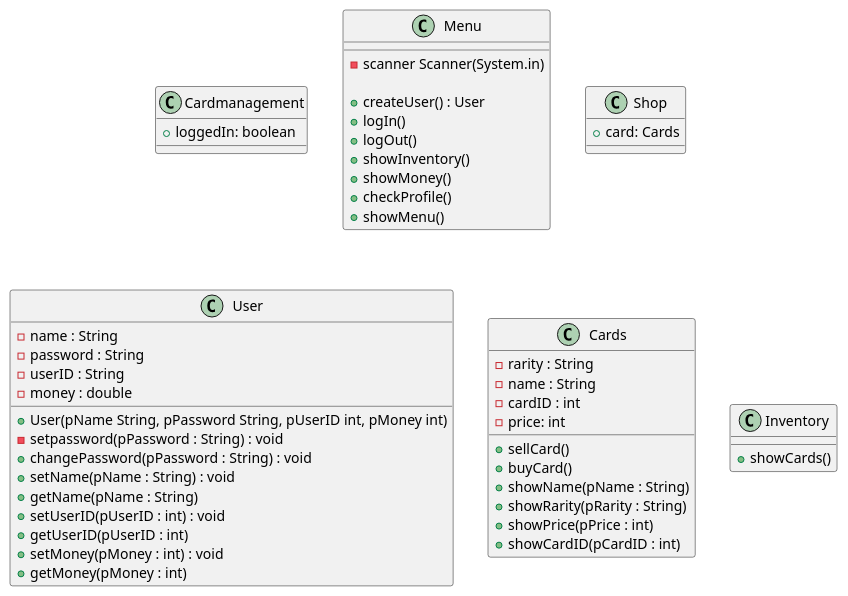
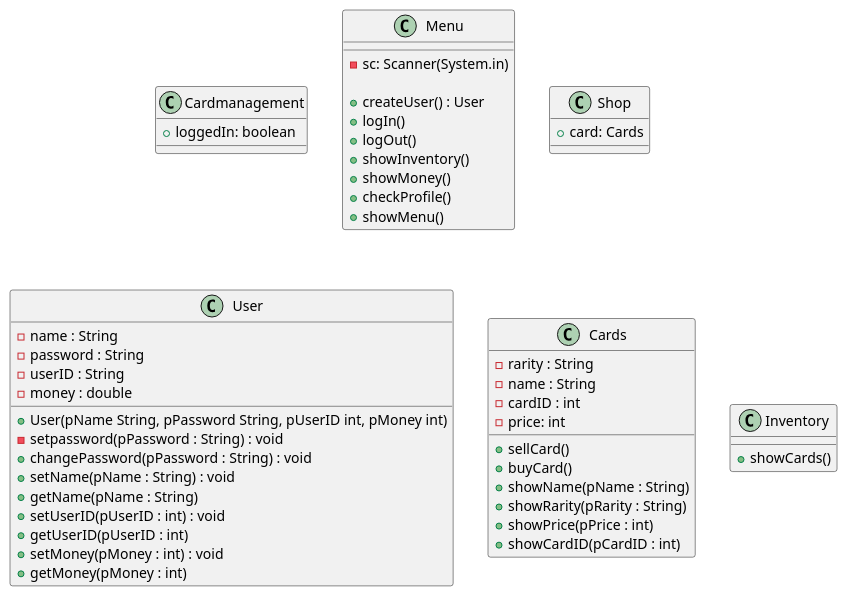
The diagram in Docs/Pflichtenheft/Diagramme/Klassendiagramm-Card.iuml (HEBK-BGM/Verwaltungssoftware_Team_4), drawn with PlantUML before and after one commit.

Commit message:
[ADD] änderung bei scanner

```diff
--- a/Docs/Pflichtenheft/Diagramme/Klassendiagramm-Card.iuml
+++ b/Docs/Pflichtenheft/Diagramme/Klassendiagramm-Card.iuml
@@ -1,77 +1,77 @@
 class Cardmanagement{
     +loggedIn: boolean
 
 
 
 }
 
 
 
 class Menu{
-    -scanner Scanner(System.in)
+    - sc: Scanner(System.in)
     
     +createUser() : User
     +logIn()
     +logOut()
     +showInventory()
     +showMoney()
     +checkProfile()
     +showMenu()
 
 
 }
 
 
 
 
 class Shop{
     + card: Cards
 
 }
 
 
 
 
 class User{
     -name : String
     -password : String
     -userID : String
     -money : double
 
 
     + User(pName String, pPassword String, pUserID int, pMoney int)
     -setpassword(pPassword : String) : void
     +changePassword(pPassword : String) : void
     +setName(pName : String) : void 
     +getName(pName : String)  
     +setUserID(pUserID : int) : void
     +getUserID(pUserID : int) 
     +setMoney(pMoney : int) : void
     +getMoney(pMoney : int) 
 
 }
 
 
 
 
 class Cards{
     -rarity : String
     -name : String
     -cardID : int
     -price: int
 
     +sellCard()
     +buyCard()
     +showName(pName : String)
     +showRarity(pRarity : String)
     +showPrice(pPrice : int)
     +showCardID(pCardID : int)
 
 }
 
 
 
 class Inventory{
 
 +showCards()
 }
```
